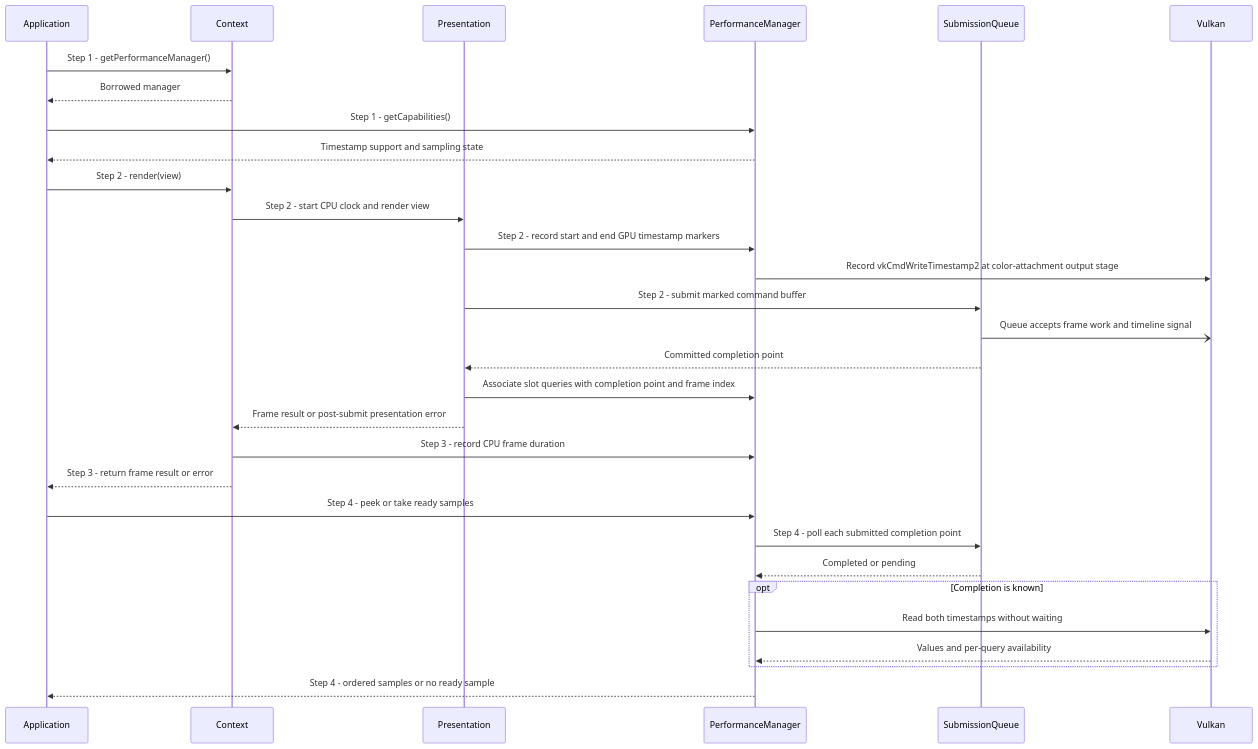
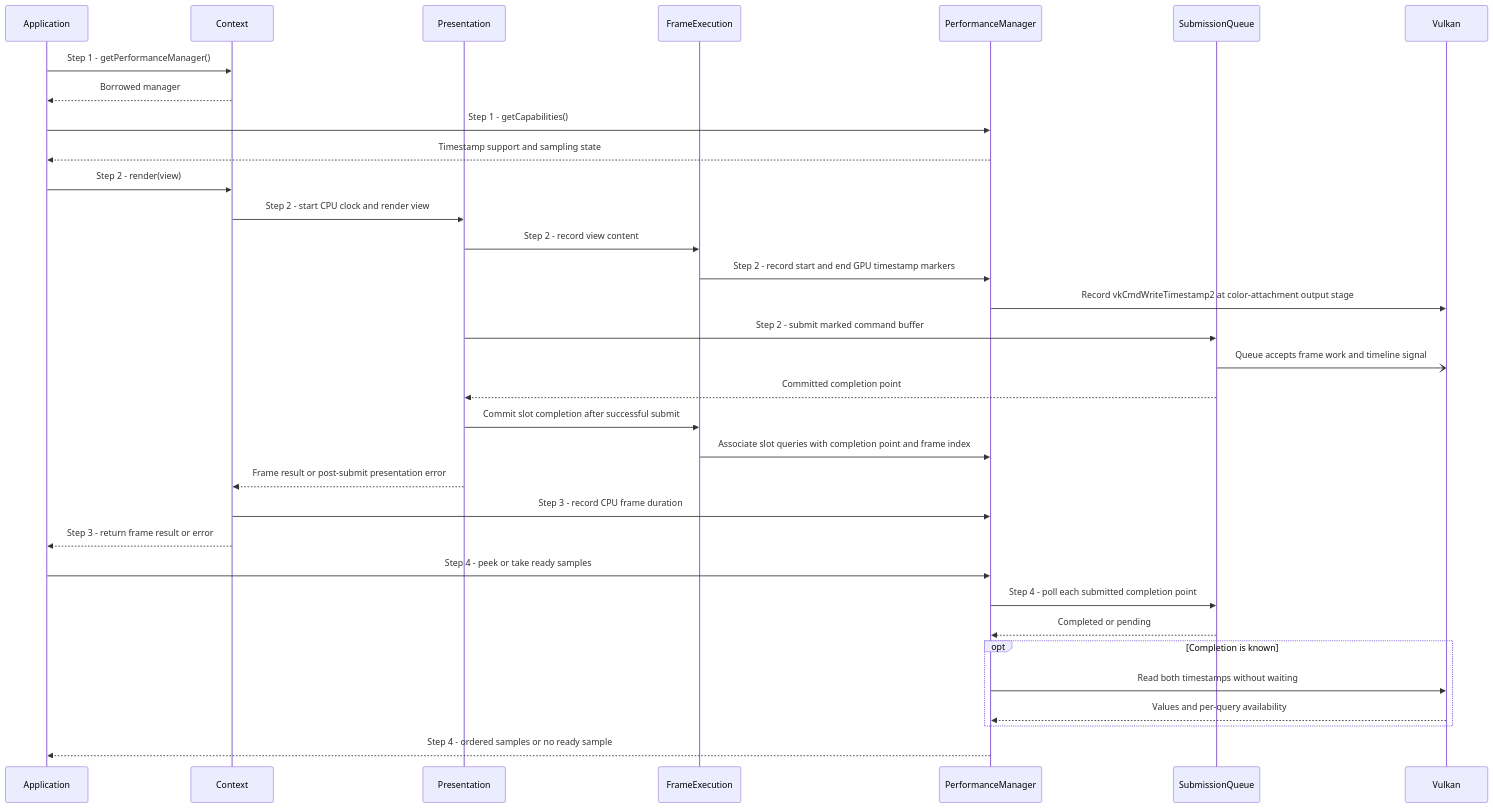
Before and after one commit to a-soltysik/Panda: the diagram in docs/use-cases/collect-frame-timings.md, drawn with Mermaid. The commit also changed other lines of this file and 23 other files, not shown here.

First line of the commit message:
Separate frame execution from window presentation (#111)

````diff
--- a/docs/use-cases/collect-frame-timings.md
+++ b/docs/use-cases/collect-frame-timings.md
@@ -59,32 +59,35 @@
 ```mermaid
 sequenceDiagram
     participant A as Application
     participant C as Context
     participant P as Presentation
+    participant E as FrameExecution
     participant M as PerformanceManager
     participant Q as SubmissionQueue
     participant V as Vulkan
     A ->> C: Step 1 - getPerformanceManager()
     C -->> A: Borrowed manager
     A ->> M: Step 1 - getCapabilities()
     M -->> A: Timestamp support and sampling state
     A ->> C: Step 2 - render(view)
     C ->> P: Step 2 - start CPU clock and render view
-    P ->> M: Step 2 - record start and end GPU timestamp markers
+    P ->> E: Step 2 - record view content
+    E ->> M: Step 2 - record start and end GPU timestamp markers
     M ->> V: Record vkCmdWriteTimestamp2 at color-attachment output stage
     P ->> Q: Step 2 - submit marked command buffer
     Q -) V: Queue accepts frame work and timeline signal
     Q -->> P: Committed completion point
-    P ->> M: Associate slot queries with completion point and frame index
+    P ->> E: Commit slot completion after successful submit
+    E ->> M: Associate slot queries with completion point and frame index
     P -->> C: Frame result or post-submit presentation error
     C ->> M: Step 3 - record CPU frame duration
     C -->> A: Step 3 - return frame result or error
     A ->> M: Step 4 - peek or take ready samples
     M ->> Q: Step 4 - poll each submitted completion point
     Q -->> M: Completed or pending
     opt Completion is known
         M ->> V: Read both timestamps without waiting
         V -->> M: Values and per-query availability
     end
     M -->> A: Step 4 - ordered samples or no ready sample
 ```
````
